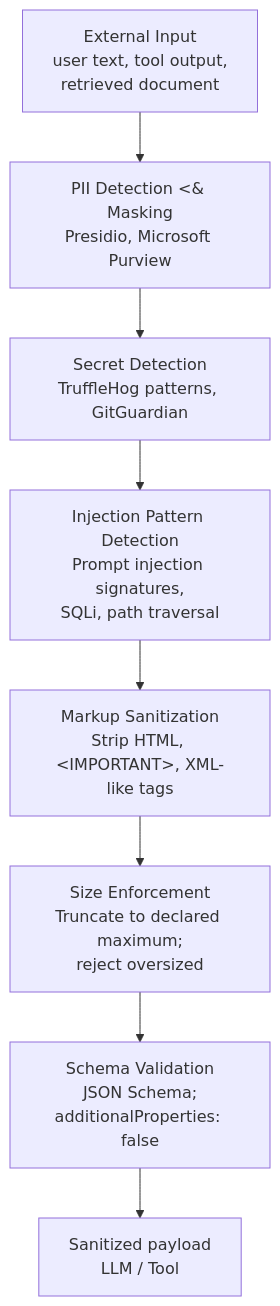
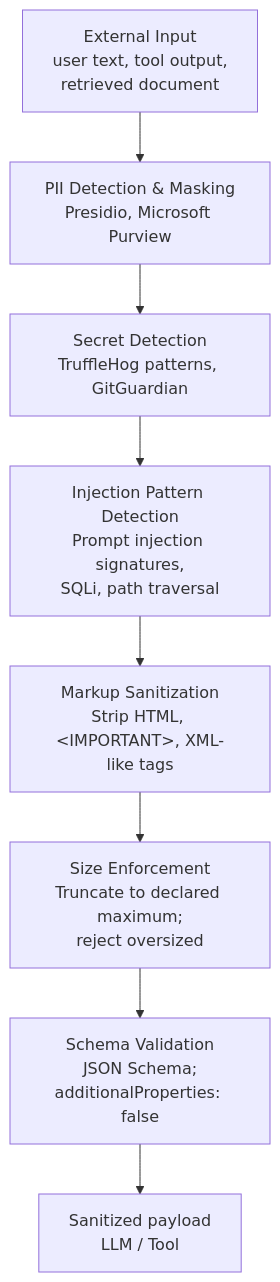
One commit to skbnai/archon changed the third of 6 diagrams in docs/protocols/parts/14-mcp-enterprise-security-governance-operations-2026-part3.md. Above: the diagram before and after it, drawn with Mermaid. The commit also changed other lines of this file and 19 other files, not shown here.

````diff
--- a/docs/protocols/parts/14-mcp-enterprise-security-governance-operations-2026-part3.md
+++ b/docs/protocols/parts/14-mcp-enterprise-security-governance-operations-2026-part3.md
@@ -209,11 +209,11 @@
 ```mermaid
 graph TD
     A["External Input<br/>user text, tool output,<br/>retrieved document"]
-    A --> B["PII Detection &lt;&amp; Masking<br/>Presidio, Microsoft Purview"]
+    A --> B["PII Detection &amp; Masking<br/>Presidio, Microsoft Purview"]
     B --> C["Secret Detection<br/>TruffleHog patterns, GitGuardian"]
     C --> D["Injection Pattern Detection<br/>Prompt injection signatures,<br/>SQLi, path traversal"]
     D --> E["Markup Sanitization<br/>Strip HTML, &lt;IMPORTANT&gt;, XML-like tags"]
     E --> F["Size Enforcement<br/>Truncate to declared maximum;<br/>reject oversized"]
     F --> G["Schema Validation<br/>JSON Schema;<br/>additionalProperties: false"]
     G --> H["Sanitized payload<br/>LLM / Tool"]
 ```
````
